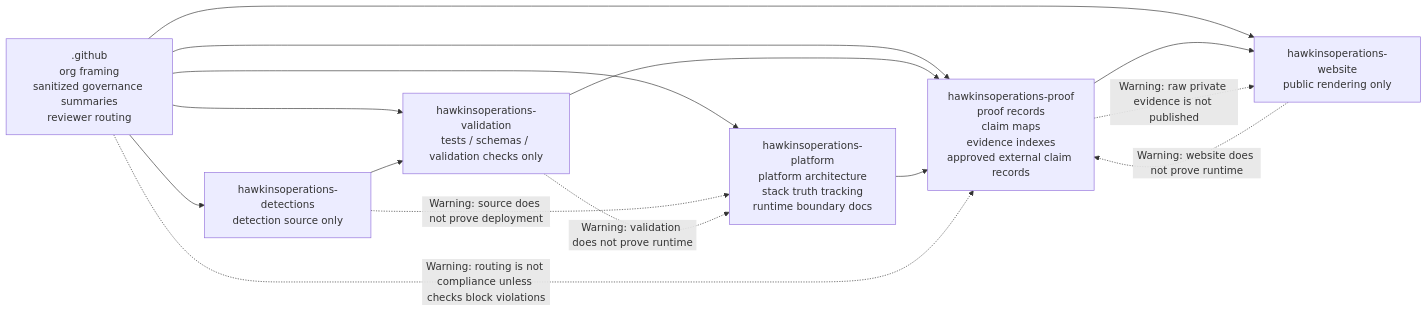
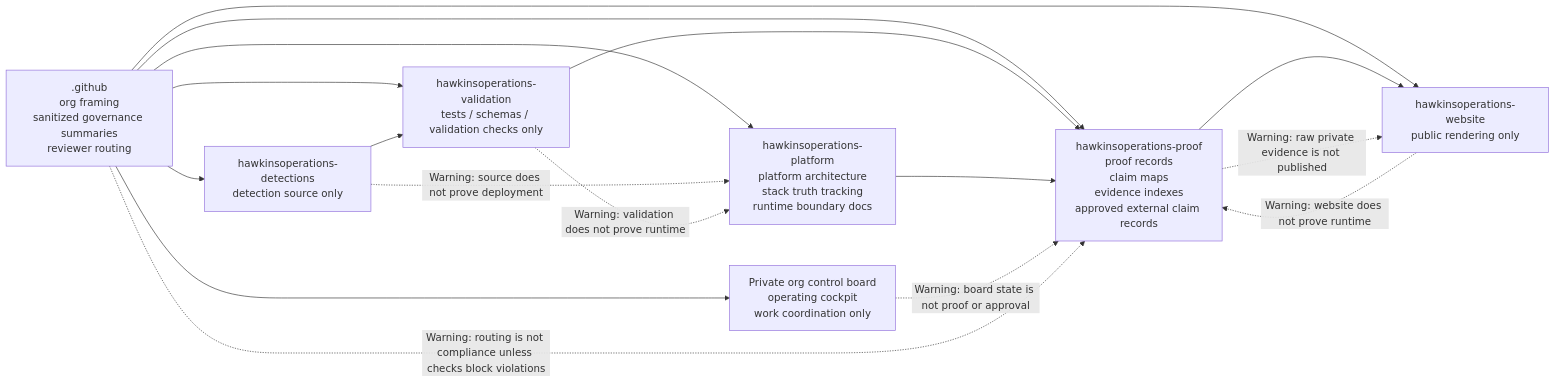
Before and after one commit to HawkinsOperations/.github: the first of 6 diagrams in wiki/11_ORG_SYSTEM_MAP.md, drawn with Mermaid. The commit also changed other lines of this file and 5 other files, not shown here.

Commit message:
docs: clarify org command center project routing

````diff
--- a/wiki/11_ORG_SYSTEM_MAP.md
+++ b/wiki/11_ORG_SYSTEM_MAP.md
@@ -24,26 +24,29 @@
 ```mermaid
 flowchart LR
     org[".github<br/>org framing<br/>sanitized governance summaries<br/>reviewer routing"]
     det["hawkinsoperations-detections<br/>detection source only"]
     val["hawkinsoperations-validation<br/>tests / schemas / validation checks only"]
     plat["hawkinsoperations-platform<br/>platform architecture<br/>stack truth tracking<br/>runtime boundary docs"]
     proof["hawkinsoperations-proof<br/>proof records<br/>claim maps<br/>evidence indexes<br/>approved external claim records"]
     web["hawkinsoperations-website<br/>public rendering only"]
+    project["Private org control board<br/>operating cockpit<br/>work coordination only"]
 
     org --> det
     org --> val
     org --> plat
     org --> proof
     org --> web
+    org --> project
 
     det --> val
     val --> proof
     plat --> proof
     proof --> web
 
     web -. "Warning: website does not prove runtime" .-> proof
+    project -. "Warning: board state is not proof or approval" .-> proof
     det -. "Warning: source does not prove deployment" .-> plat
     val -. "Warning: validation does not prove runtime" .-> plat
     proof -. "Warning: raw private evidence is not published" .-> web
     org -. "Warning: routing is not compliance unless checks block violations" .-> proof
 ```
````
